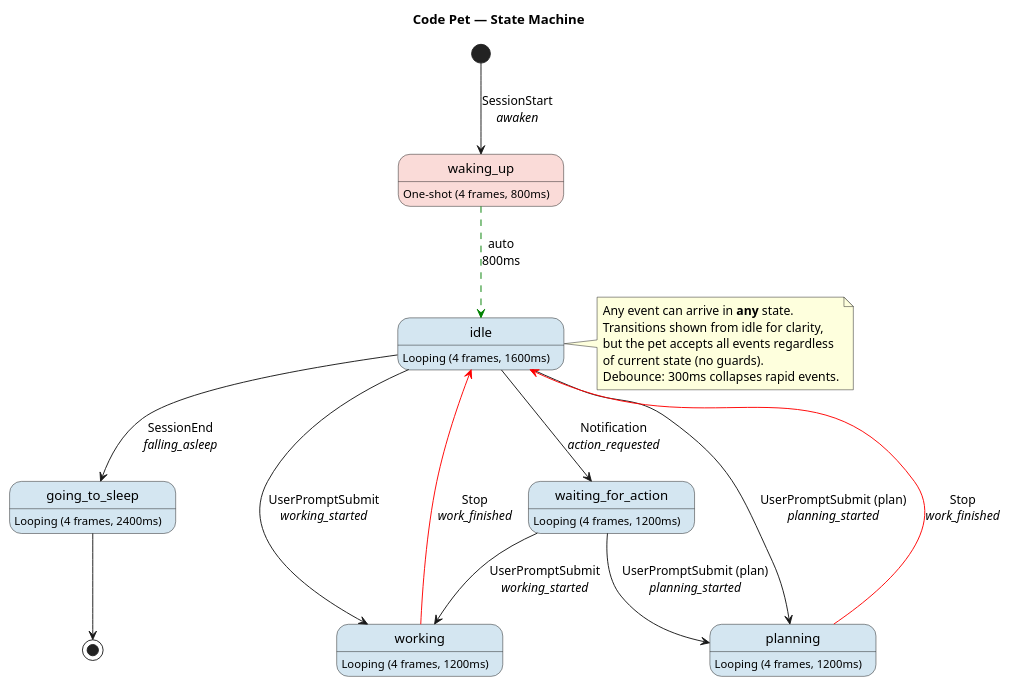
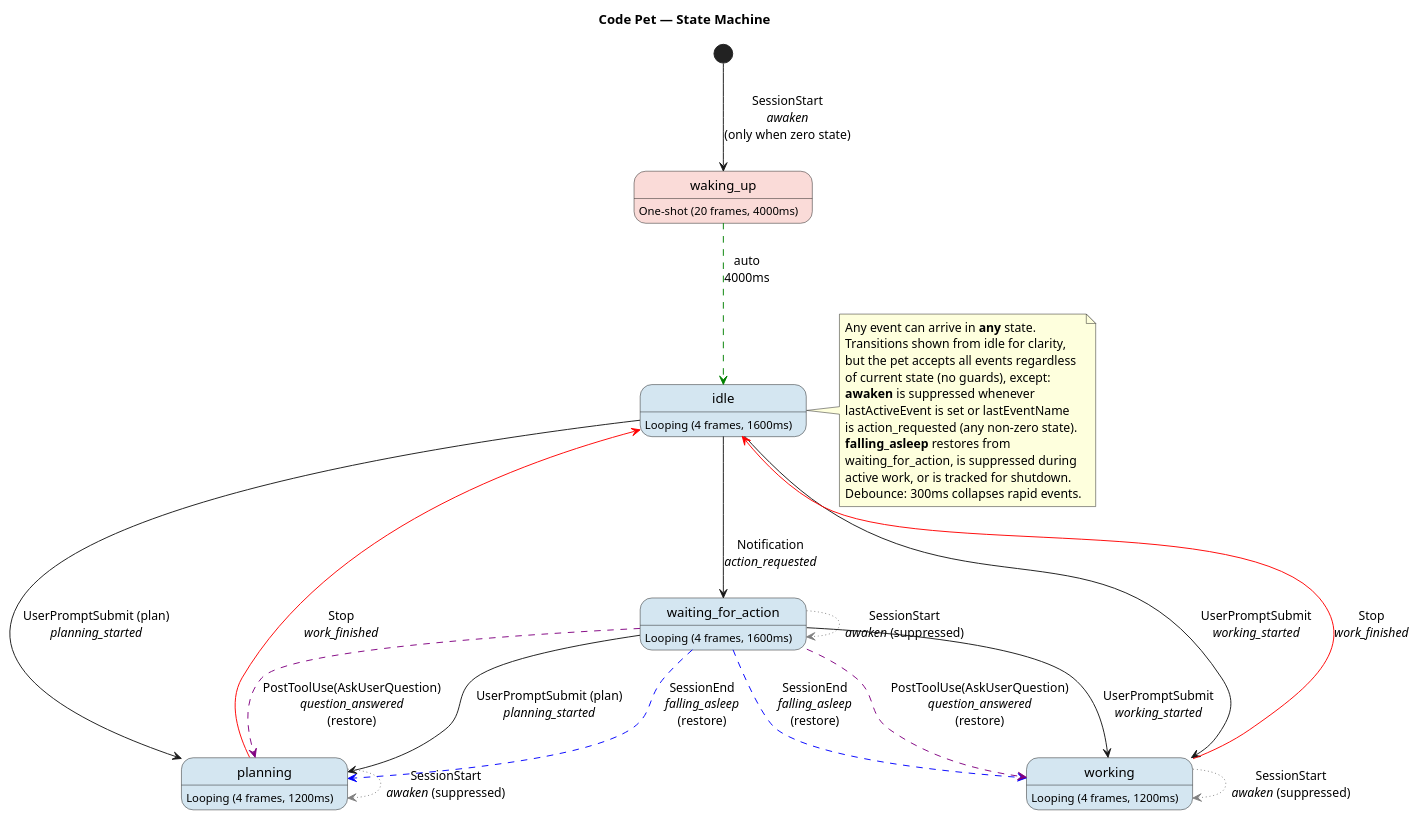
The first of 2 diagrams in docs/state-diagram.puml (mradovic95/code-pet), drawn with PlantUML before and after one commit. The commit also changed other lines of this file and 11 other files, not shown here.

```diff
--- a/docs/state-diagram.puml
+++ b/docs/state-diagram.puml
@@ -1,44 +1,60 @@
 @startuml code-pet-states
 skinparam state {
   BackgroundColor<<looping>> #D4E6F1
   BackgroundColor<<oneshot>> #FADBD8
 }
 
 title Code Pet — State Machine
 
-[*] --> waking_up : SessionStart\n//awaken//
+[*] --> waking_up : SessionStart\n//awaken//\n(only when zero state)
 
 state "idle" as idle <<looping>> : Looping (4 frames, 1600ms)
-state "waking_up" as waking_up <<oneshot>> : One-shot (4 frames, 800ms)
-state "going_to_sleep" as going_to_sleep <<looping>> : Looping (4 frames, 2400ms)
+state "waking_up" as waking_up <<oneshot>> : One-shot (20 frames, 4000ms)
 state "working" as working <<looping>> : Looping (4 frames, 1200ms)
 state "planning" as planning <<looping>> : Looping (4 frames, 1200ms)
-state "waiting_for_action" as waiting_for_action <<looping>> : Looping (4 frames, 1200ms)
+state "waiting_for_action" as waiting_for_action <<looping>> : Looping (4 frames, 1600ms)
 
 ' ── Hook-driven transitions (any state → target) ──
-idle --> going_to_sleep : SessionEnd\n//falling_asleep//
 idle --> working : UserPromptSubmit\n//working_started//
 idle --> waiting_for_action : Notification\n//action_requested//
 idle --> planning : UserPromptSubmit (plan)\n//planning_started//
 
 ' ── Stop returns to idle from active states ──
 working -[#red]-> idle : Stop\n//work_finished//
 planning -[#red]-> idle : Stop\n//work_finished//
 
 ' ── Auto-transitions (timeouts) ──
-waking_up -[#green,dashed]-> idle : auto\n800ms
-going_to_sleep --> [*]
+waking_up -[#green,dashed]-> idle : auto\n4000ms
+
+' ── Awaken suppressed during ALL non-zero states ──
+working -[#grey,dotted]-> working : SessionStart\n//awaken// (suppressed)
+planning -[#grey,dotted]-> planning : SessionStart\n//awaken// (suppressed)
+waiting_for_action -[#grey,dotted]-> waiting_for_action : SessionStart\n//awaken// (suppressed)
+
+' ── falling_asleep restores previous active state from waiting_for_action ──
+waiting_for_action -[#blue,dashed]-> working : SessionEnd\n//falling_asleep//\n(restore)
+waiting_for_action -[#blue,dashed]-> planning : SessionEnd\n//falling_asleep//\n(restore)
+
+' ── question_answered restores previous active state ──
+waiting_for_action -[#purple,dashed]-> working : PostToolUse(AskUserQuestion)\n//question_answered//\n(restore)
+waiting_for_action -[#purple,dashed]-> planning : PostToolUse(AskUserQuestion)\n//question_answered//\n(restore)
 
 ' ── waiting_for_action exits via UserPromptSubmit ──
 waiting_for_action --> working : UserPromptSubmit\n//working_started//
 waiting_for_action --> planning : UserPromptSubmit (plan)\n//planning_started//
 
 note right of idle
   Any event can arrive in **any** state.
   Transitions shown from idle for clarity,
   but the pet accepts all events regardless
-  of current state (no guards).
+  of current state (no guards), except:
+  **awaken** is suppressed whenever
+  lastActiveEvent is set or lastEventName
+  is action_requested (any non-zero state).
+  **falling_asleep** restores from
+  waiting_for_action, is suppressed during
+  active work, or is tracked for shutdown.
   Debounce: 300ms collapses rapid events.
 end note
 
 @enduml
```
